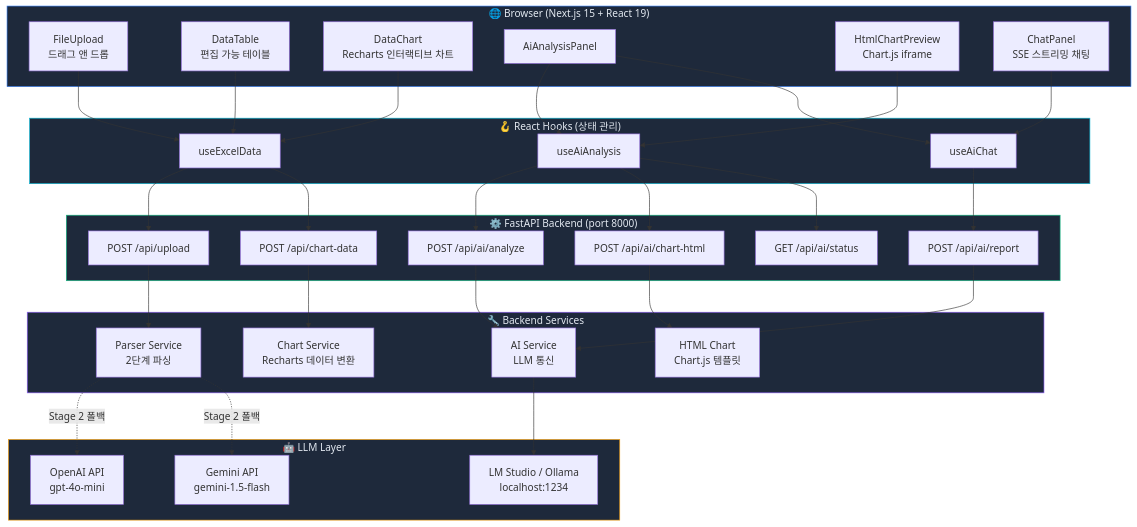
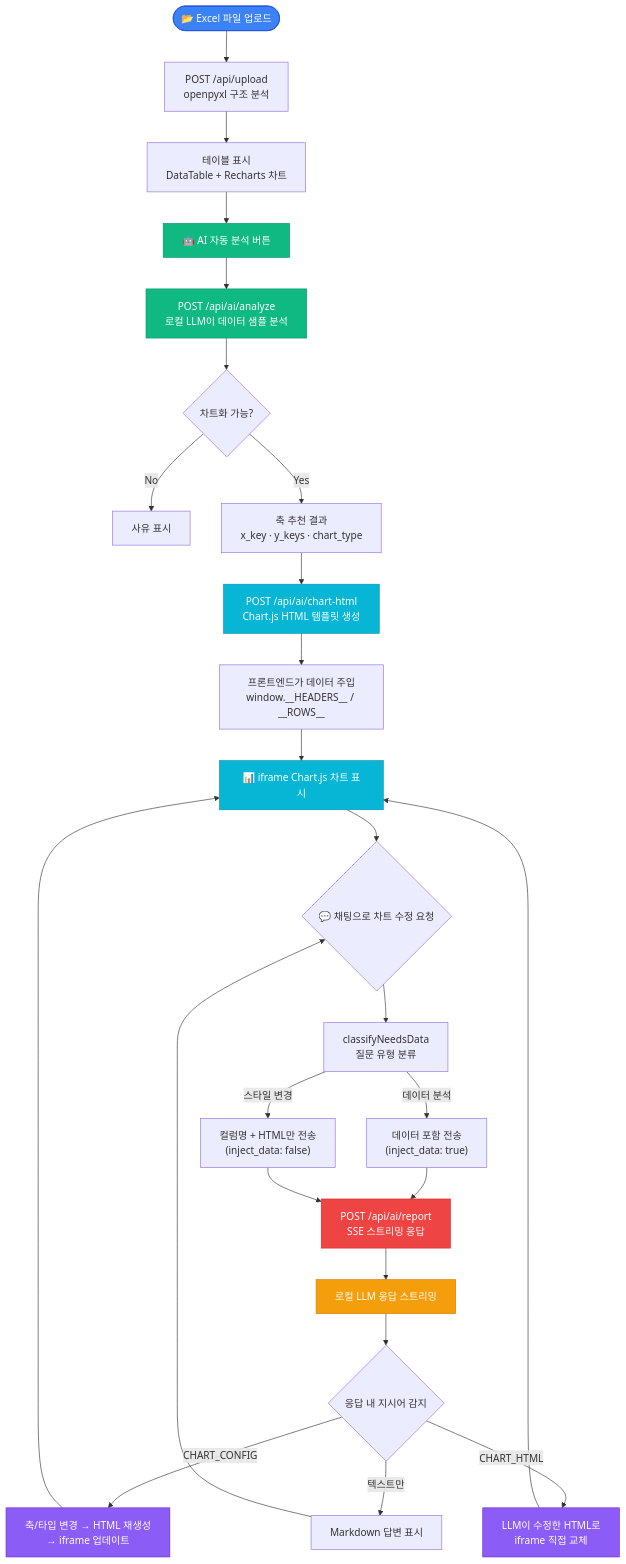
Before and after one commit to jay-jaeyong/Excel-Parser: the first of 2 diagrams in README.md, drawn with Mermaid. The commit also changed other lines of this file, not shown here.

Commit message:
📝 Add AI-focused flowcharts; focus on local LLM flow

````diff
--- a/README.md
+++ b/README.md
@@ -29,70 +29,46 @@
 ```mermaid
-graph TB
-    subgraph Browser["🌐 Browser (Next.js 15 + React 19)"]
-        FU[FileUpload<br/>드래그 앤 드롭]
-        DT[DataTable<br/>편집 가능 테이블]
-        DC[DataChart<br/>Recharts 인터랙티브 차트]
-        AP[AiAnalysisPanel]
-        HCP[HtmlChartPreview<br/>Chart.js iframe]
-        CP[ChatPanel<br/>SSE 스트리밍 채팅]
-    end
+flowchart TD
+    Start([📂 Excel 파일 업로드]) --> Parse[POST /api/upload<br/>openpyxl 구조 분석]
+    Parse --> Table[테이블 표시<br/>DataTable + Recharts 차트]
 
-    subgraph Hooks["🪝 React Hooks (상태 관리)"]
-        UED[useExcelData]
-        UAA[useAiAnalysis]
-        UAC[useAiChat]
-    end
+    Table --> AI["🤖 AI 자동 분석" 버튼]
 
-    subgraph Backend["⚙️ FastAPI Backend (port 8000)"]
-        R1[POST /api/upload]
-        R2[POST /api/chart-data]
-        R3[POST /api/ai/analyze]
-        R4[POST /api/ai/report]
-        R5[POST /api/ai/chart-html]
-        R6[GET /api/ai/status]
-    end
+    AI --> Analyze[POST /api/ai/analyze<br/>로컬 LLM이 데이터 샘플 분석]
+    Analyze --> Judge{차트화 가능?}
+    Judge -->|No| Reason[사유 표시]
+    Judge -->|Yes| Axes[축 추천 결과<br/>x_key · y_keys · chart_type]
 
-    subgraph Services["🔧 Backend Services"]
-        PS[Parser Service<br/>2단계 파싱]
-        CS[Chart Service<br/>Recharts 데이터 변환]
-        AS[AI Service<br/>LLM 통신]
-        HS[HTML Chart<br/>Chart.js 템플릿]
-    end
+    Axes --> GenHTML[POST /api/ai/chart-html<br/>Chart.js HTML 템플릿 생성]
+    GenHTML --> Inject[프론트엔드가 데이터 주입<br/>window.__HEADERS__ / __ROWS__]
+    Inject --> Preview["📊 iframe Chart.js 차트 표시"]
 
-    subgraph LLM["🤖 LLM Layer"]
-        LS[LM Studio / Ollama<br/>localhost:1234]
-        OA[OpenAI API<br/>gpt-4o-mini]
-        GM[Gemini API<br/>gemini-1.5-flash]
-    end
+    Preview --> Chat{💬 채팅으로 차트 수정 요청}
 
-    FU --> UED
-    DT --> UED
-    DC --> UED
-    AP --> UAA
-    AP --> UAC
-    HCP --> UAA
-    CP --> UAC
+    Chat --> Classify[classifyNeedsData<br/>질문 유형 분류]
+    Classify -->|데이터 분석| DataOn["데이터 포함 전송<br/>(inject_data: true)"]
+    Classify -->|스타일 변경| DataOff["컬럼명 + HTML만 전송<br/>(inject_data: false)"]
 
-    UED --> R1
-    UED --> R2
-    UAA --> R3
-    UAA --> R5
-    UAC --> R4
-    UAA --> R6
+    DataOn --> SSE[POST /api/ai/report<br/>SSE 스트리밍 응답]
+    DataOff --> SSE
 
-    R1 --> PS
-    R2 --> CS
-    R3 --> AS
-    R4 --> AS
-    R5 --> HS
+    SSE --> LLM[로컬 LLM 응답 스트리밍]
+    LLM --> Directive{응답 내 지시어 감지}
 
-    PS -.->|Stage 2 폴백| OA
-    PS -.->|Stage 2 폴백| GM
-    AS --> LS
+    Directive -->|CHART_CONFIG| ReGen["축/타입 변경 → HTML 재생성<br/>→ iframe 업데이트"]
+    Directive -->|CHART_HTML| Replace["LLM이 수정한 HTML로<br/>iframe 직접 교체"]
+    Directive -->|텍스트만| Markdown[Markdown 답변 표시]
 
-    style Browser fill:#1e293b,stroke:#3b82f6,color:#e2e8f0
-    style Backend fill:#1e293b,stroke:#10b981,color:#e2e8f0
-    style LLM fill:#1e293b,stroke:#f59e0b,color:#e2e8f0
-    style Services fill:#1e293b,stroke:#8b5cf6,color:#e2e8f0
-    style Hooks fill:#1e293b,stroke:#06b6d4,color:#e2e8f0
+    ReGen --> Preview
+    Replace --> Preview
+    Markdown --> Chat
+
+    style Start fill:#3b82f6,stroke:#1d4ed8,color:#fff
+    style AI fill:#10b981,stroke:#059669,color:#fff
+    style Analyze fill:#10b981,stroke:#059669,color:#fff
+    style GenHTML fill:#06b6d4,stroke:#0891b2,color:#fff
+    style Preview fill:#06b6d4,stroke:#0891b2,color:#fff
+    style SSE fill:#ef4444,stroke:#dc2626,color:#fff
+    style LLM fill:#f59e0b,stroke:#d97706,color:#fff
+    style ReGen fill:#8b5cf6,stroke:#6d28d9,color:#fff
+    style Replace fill:#8b5cf6,stroke:#6d28d9,color:#fff
 ```
````
